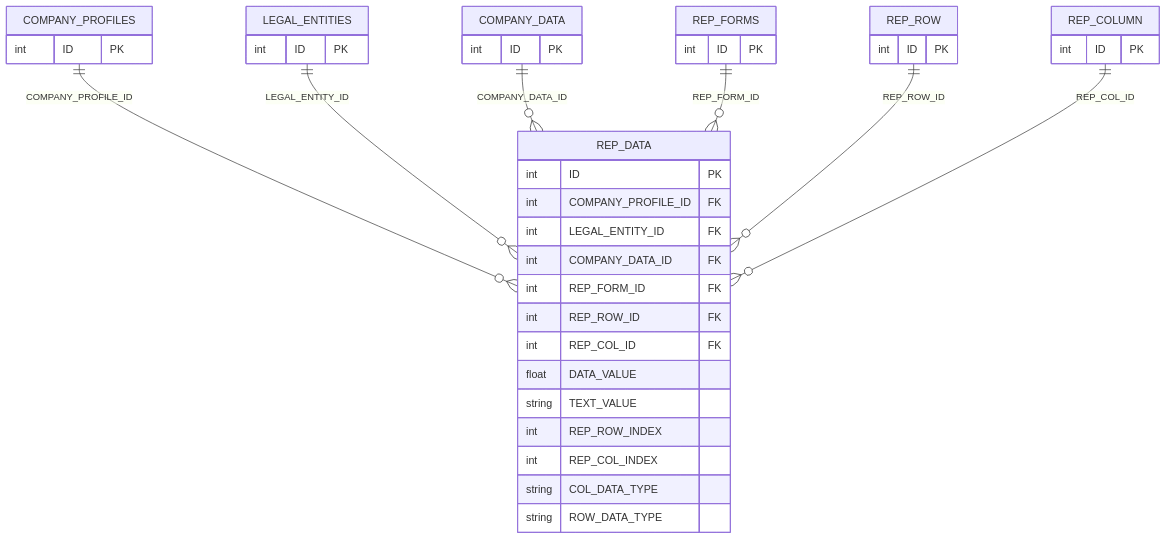
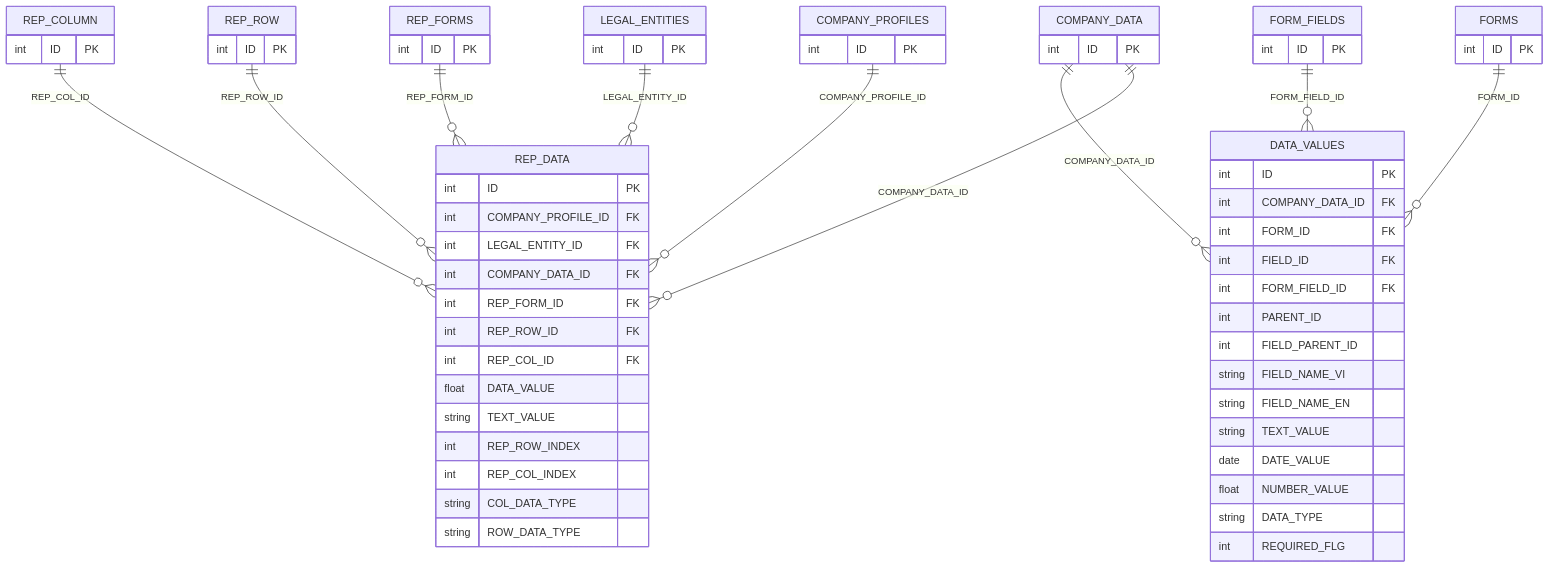
The first of 2 diagrams in DataModel/working/Atomic/hld/IDS_HLD_Tier4.md (linhlvit/ubck_atomic_design), drawn with Mermaid before and after one commit. The commit also changed other lines of this file and 98 other files, not shown here.

````diff
--- a/DataModel/working/Atomic/hld/IDS_HLD_Tier4.md
+++ b/DataModel/working/Atomic/hld/IDS_HLD_Tier4.md
@@ -19,49 +21,77 @@
 ```mermaid
 erDiagram
     COMPANY_PROFILES {
         int ID PK
     }
 
     LEGAL_ENTITIES {
         int ID PK
     }
 
     COMPANY_DATA {
         int ID PK
+    }
+
+    FORMS {
+        int ID PK
+    }
+
+    FORM_FIELDS {
+        int ID PK
+    }
+
+    DATA_VALUES {
+        int ID PK
+        int COMPANY_DATA_ID FK
+        int FORM_ID FK
+        int FIELD_ID FK
+        int FORM_FIELD_ID FK
+        int PARENT_ID
+        int FIELD_PARENT_ID
+        string FIELD_NAME_VI
+        string FIELD_NAME_EN
+        string TEXT_VALUE
+        date DATE_VALUE
+        float NUMBER_VALUE
+        string DATA_TYPE
+        int REQUIRED_FLG
     }
 
     REP_FORMS {
         int ID PK
     }
 
     REP_ROW {
         int ID PK
     }
 
     REP_COLUMN {
         int ID PK
     }
 
     REP_DATA {
         int ID PK
         int COMPANY_PROFILE_ID FK
         int LEGAL_ENTITY_ID FK
         int COMPANY_DATA_ID FK
         int REP_FORM_ID FK
         int REP_ROW_ID FK
         int REP_COL_ID FK
         float DATA_VALUE
         string TEXT_VALUE
         int REP_ROW_INDEX
         int REP_COL_INDEX
         string COL_DATA_TYPE
         string ROW_DATA_TYPE
     }
 
     COMPANY_PROFILES ||--o{ REP_DATA : "COMPANY_PROFILE_ID"
     LEGAL_ENTITIES ||--o{ REP_DATA : "LEGAL_ENTITY_ID"
     COMPANY_DATA ||--o{ REP_DATA : "COMPANY_DATA_ID"
     REP_FORMS ||--o{ REP_DATA : "REP_FORM_ID"
     REP_ROW ||--o{ REP_DATA : "REP_ROW_ID"
     REP_COLUMN ||--o{ REP_DATA : "REP_COL_ID"
+    COMPANY_DATA ||--o{ DATA_VALUES : "COMPANY_DATA_ID"
+    FORMS ||--o{ DATA_VALUES : "FORM_ID"
+    FORM_FIELDS ||--o{ DATA_VALUES : "FORM_FIELD_ID"
 ```
````
